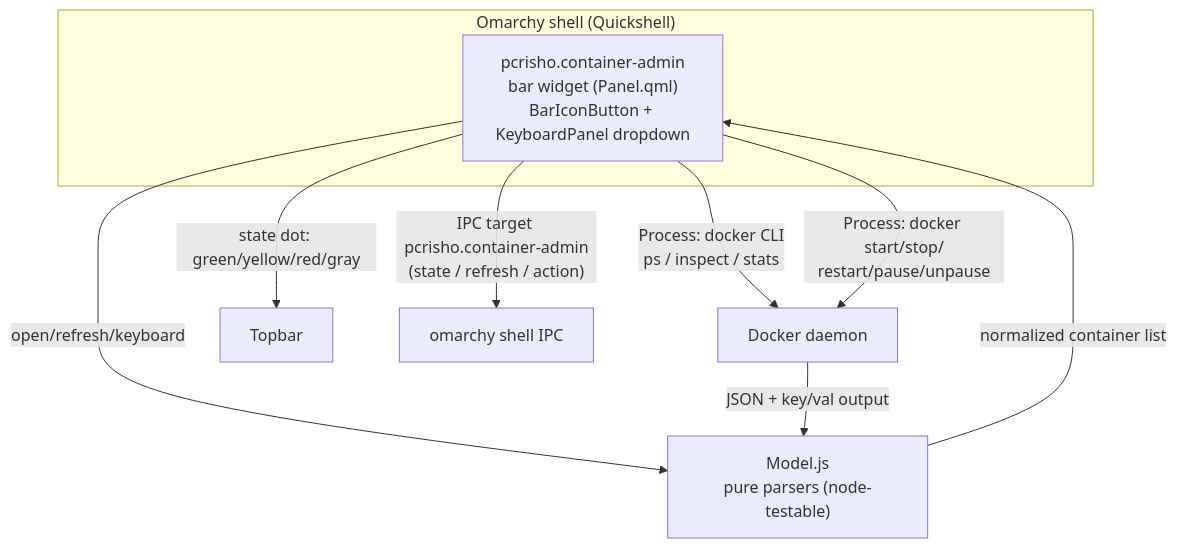
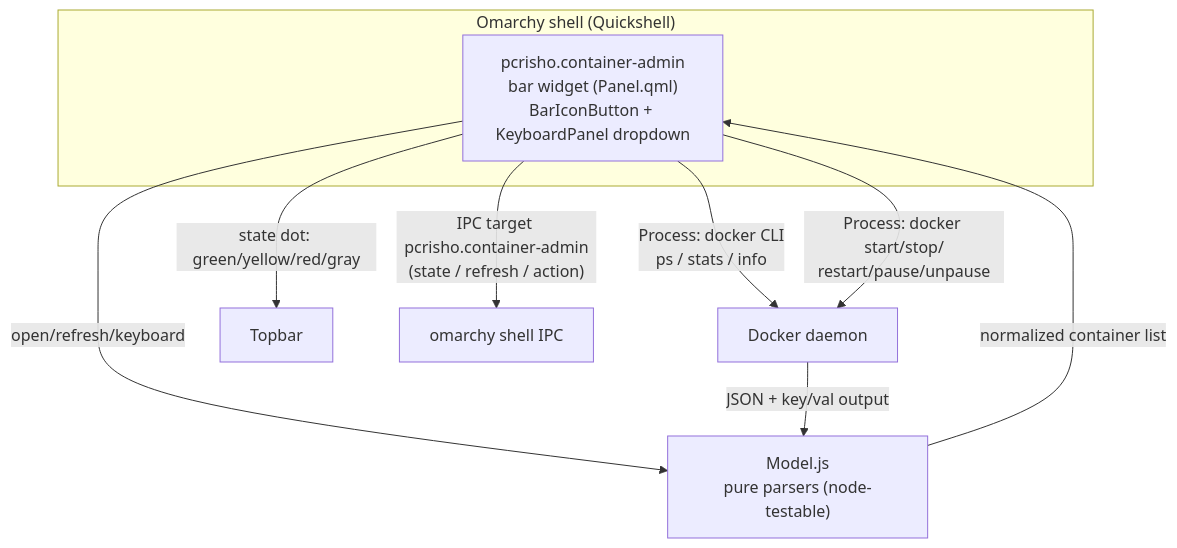
The diagram in docs/ARCHITECTURE.md (pcrisho/container-administrator-plugin), drawn with Mermaid before and after one commit. The commit also changed other lines of this file and 6 other files, not shown here.

````diff
--- a/docs/ARCHITECTURE.md
+++ b/docs/ARCHITECTURE.md
@@ -3,15 +3,15 @@
 ```mermaid
 flowchart TB
     subgraph shell["Omarchy shell (Quickshell)"]
         widget["pcrisho.container-admin<br/>bar widget (Panel.qml)<br/>BarIconButton + KeyboardPanel dropdown"]
     end
 
     widget -->|"open/refresh/keyboard"| model["Model.js<br/>pure parsers (node-testable)"]
-    widget -->|"Process: docker CLI<br/>ps / inspect / stats"| docker["Docker daemon"]
+    widget -->|"Process: docker CLI<br/>ps / stats / info"| docker["Docker daemon"]
     widget -->|"Process: docker start/stop/<br/>restart/pause/unpause"| docker
     docker -->|"JSON + key/val output"| model
     model -->|"normalized container list"| widget
 
     widget -->|"state dot: green/yellow/red/gray"| bar["Topbar"]
     widget -->|"IPC target pcrisho.container-admin<br/>(state / refresh / action)"| ipc["omarchy shell IPC"]
 ```
````
